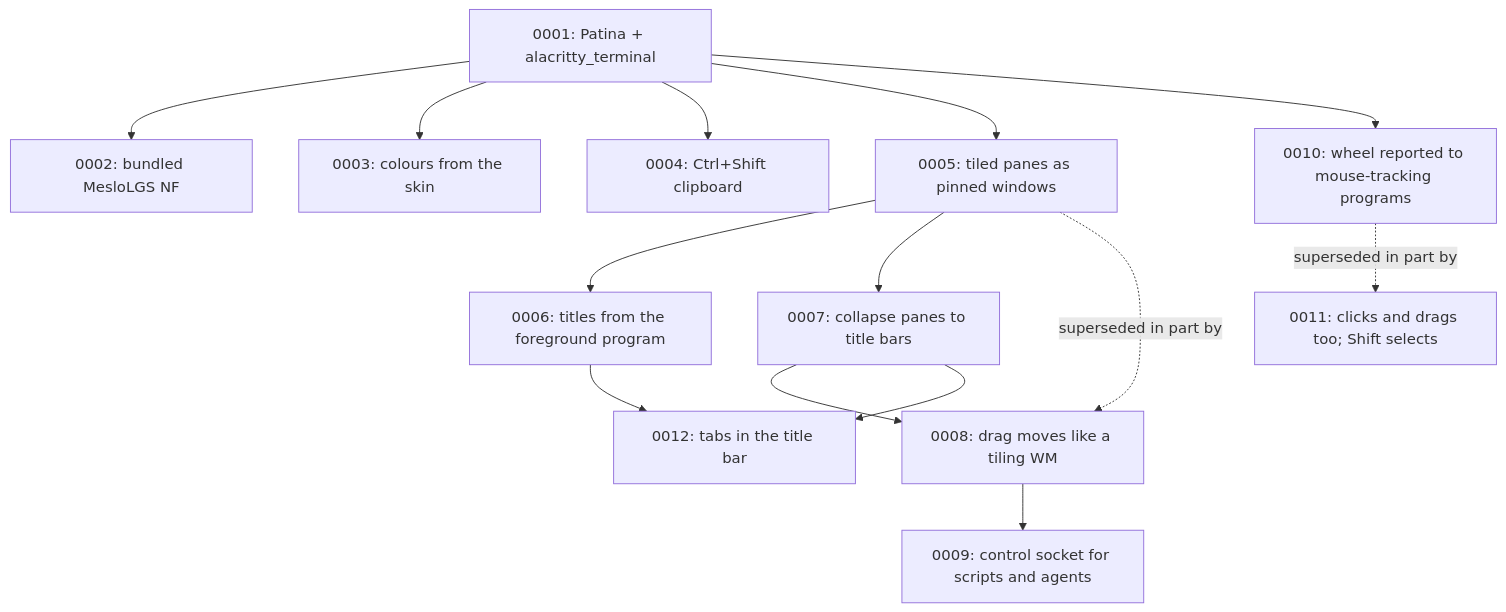
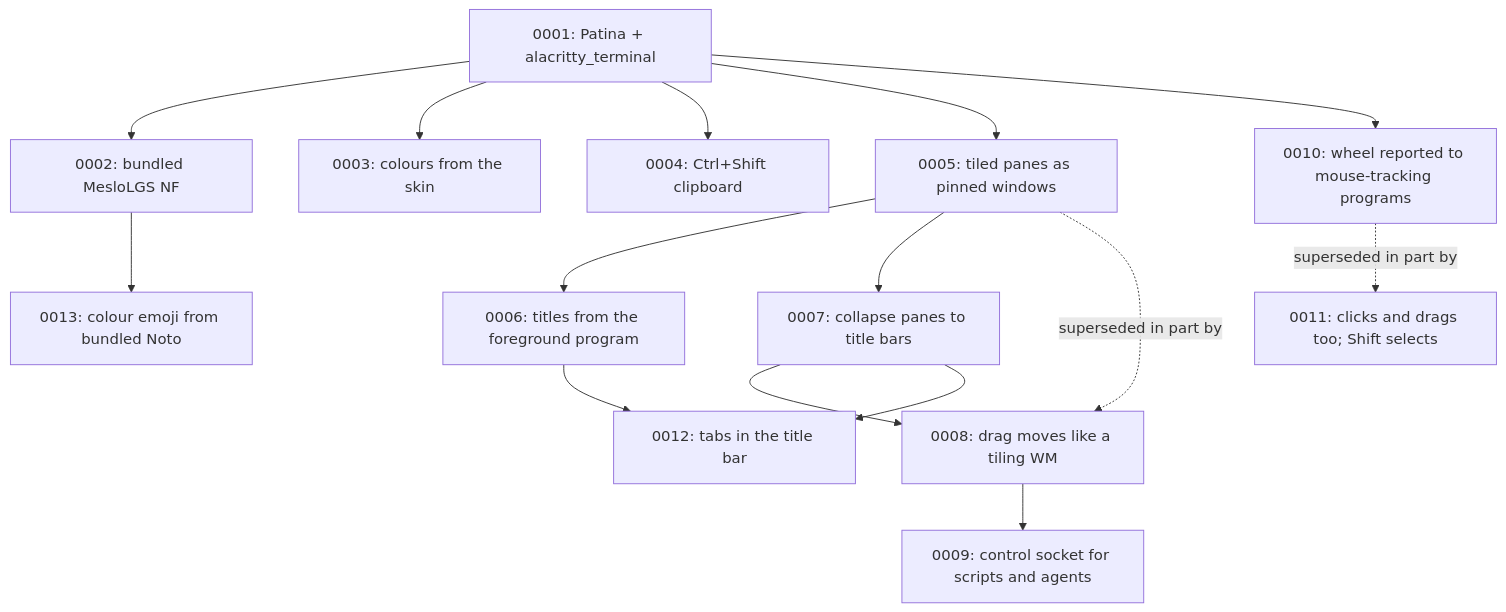
Before and after one commit to Sector-F-Labs/teleprinter: the diagram in docs/adr/README.md, drawn with Mermaid. The commit also changed other lines of this file and 11 other files, not shown here.

First line of the commit message:
Colour emoji from a bundled Noto Color Emoji, painted as images (ADR-0013)

````diff
--- a/docs/adr/README.md
+++ b/docs/adr/README.md
@@ -60,16 +61,17 @@
 ```mermaid
 flowchart TD
     A[0001: Patina + alacritty_terminal] --> B[0002: bundled MesloLGS NF]
     A --> C[0003: colours from the skin]
     A --> D[0004: Ctrl+Shift clipboard]
     A --> E[0005: tiled panes as pinned windows]
     E --> F[0006: titles from the foreground program]
     E --> G[0007: collapse panes to title bars]
     E -.superseded in part by.-> H[0008: drag moves like a tiling WM]
     G --> H
     H --> I[0009: control socket for scripts and agents]
     A --> J[0010: wheel reported to mouse-tracking programs]
     J -.superseded in part by.-> K[0011: clicks and drags too; Shift selects]
     F --> L[0012: tabs in the title bar]
     G --> L
+    B --> M[0013: colour emoji from bundled Noto]
 ```
````
